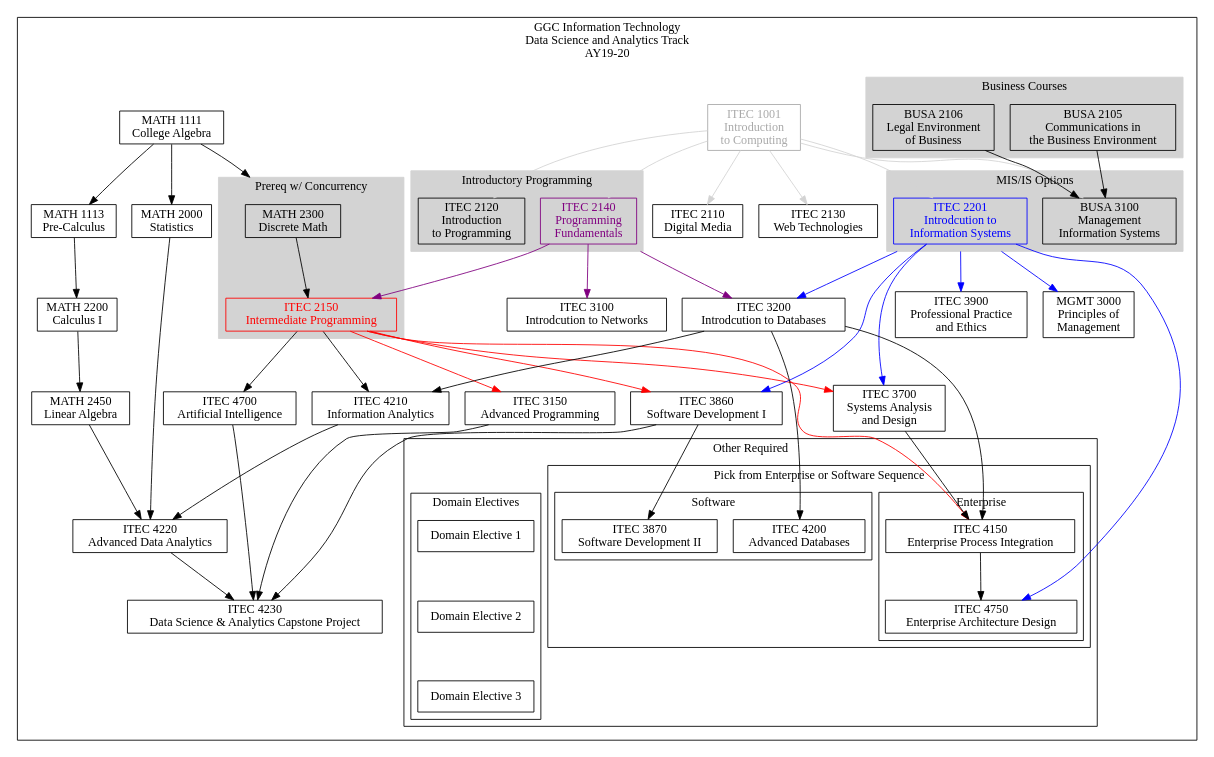
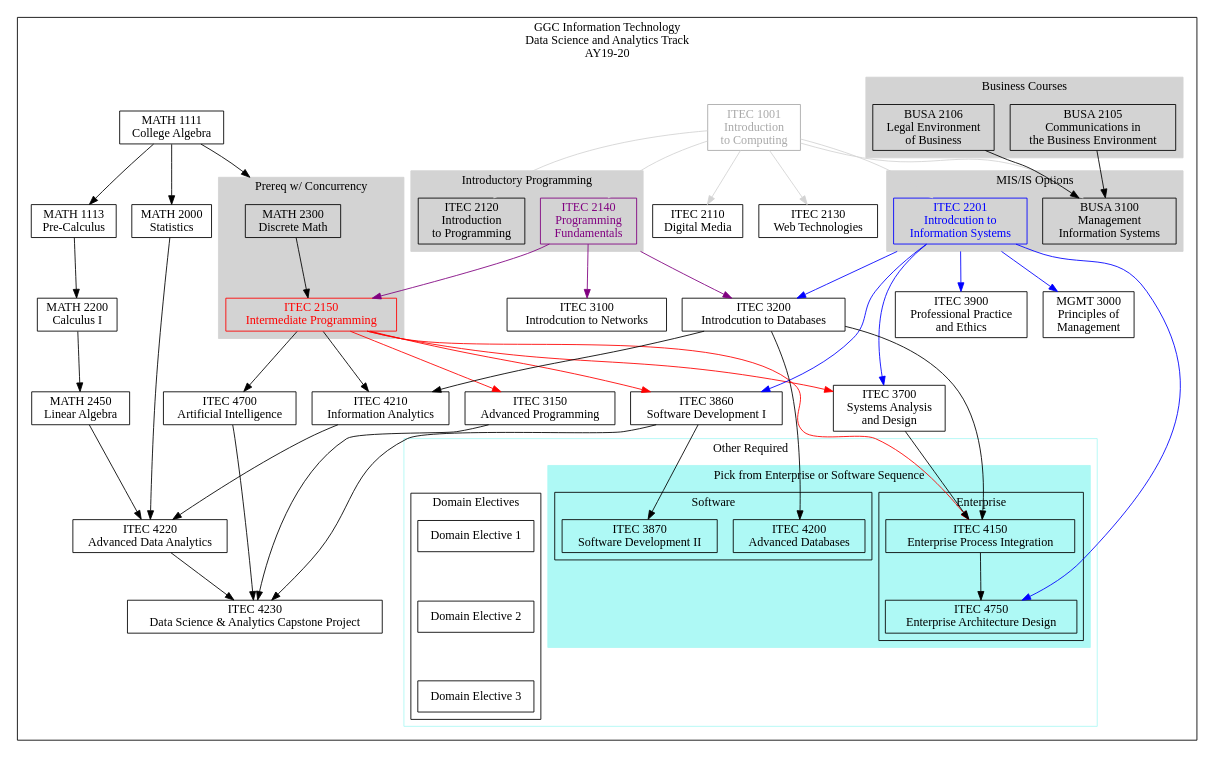
Before and after one commit to rjlutz/itec-plans: the diagram in AY19-20/DataScienceAndAnalytics.dot, drawn with Graphviz. The commit also changed 9 other files, not shown here.

```diff
--- a/AY19-20/DataScienceAndAnalytics.dot
+++ b/AY19-20/DataScienceAndAnalytics.dot
@@ -1,169 +1,174 @@
 digraph G {
 
     node [shape = record, fontname="Sans serif" fontsize="14"];
     compound = true //  needed to link clusters and nodes
     splines = true
     ranksep=0.75
 
      // All
     itec1001[label = "ITEC 1001\nIntroduction \nto Computing" color=darkgray fontcolor=darkgray]
     itec2110[label = "ITEC 2110\nDigital Media"]
     itec2120[label = "ITEC 2120\nIntroduction\nto Programming"]
     itec2130[label = "ITEC 2130\nWeb Technologies"]
     itec2140[label = "ITEC 2140\nProgramming \nFundamentals" color=purple fontcolor=purple]
     itec2150[label = "ITEC 2150\nIntermediate Programming" color=red fontcolor=red]
     itec2201[label = "ITEC 2201\nIntrodcution to\nInformation Systems" color=blue fontcolor=blue]
     itec3100[label = "ITEC 3100\nIntrodcution to Networks"]
     itec3200[label = "ITEC 3200\nIntrodcution to Databases"]
     itec3900[label = "ITEC 3900\nProfessional Practice\nand Ethics"]
     busa2105[label = "BUSA 2105\nCommunications in\nthe Business Environment"]
     busa2106[label = "BUSA 2106\nLegal Environment\nof Business"]
     busa3100[label = "BUSA 3100\nManagement \nInformation Systems"]
     math1111[label = "MATH 1111\nCollege Algebra"]
     math1113[label = "MATH 1113\nPre-Calculus"]
     math2300[label = "MATH 2300\nDiscrete Math"]
     math2000[label = "MATH 2000\nStatistics"]
     math2200[label = "MATH 2200\nCalculus I"]
     mgmt3000[label = "MGMT 3000\nPrinciples of\nManagement"]
 
     // Data Science and Analytics
     itec3150[label = "ITEC 3150\nAdvanced Programming"]
     itec3700[label = "ITEC 3700\nSystems Analysis\nand Design"]
     itec3860[label = "ITEC 3860\nSoftware Development I"]
     itec3870[label = "ITEC 3870\nSoftware Development II"]
     itec4150[label = "ITEC 4150\nEnterprise Process Integration"]
     itec4200[label = "ITEC 4200\nAdvanced Databases"]
     itec4210[label = "ITEC 4210\nInformation Analytics"]
     itec4220[label = "ITEC 4220\nAdvanced Data Analytics"]
     itec4230[label = "ITEC 4230\nData Science & Analytics Capstone Project"]
     itec4750[label = "ITEC 4750\nEnterprise Architecture Design"]
     itec4700[label = "ITEC 4700\nArtificial Intelligence"]
     domain1[label = "Domain Elective 1"]
     domain2[label = "Domain Elective 2"]
     domain3[label = "Domain Elective 3"]
     math2450[label = "MATH 2450\nLinear Algebra"]
 
 
     subgraph clusterdsa {
         label="GGC Information Technology\nData Science and Analytics Track\nAY19-20"
 
         subgraph clusterrequired {
             label=""
             node [style=filled];
             style=filled;
 
             color="#FFFFFF";
 
             itec1001 -> itec2110 [color=lightgray]
 
             itec1001 -> itec2120 [color=lightgray]
             itec1001 -> itec2130 [color=lightgray]
             itec1001 -> itec2201 [color=lightgray]
             itec1001 -> busa3100 [color=lightgray]
             itec2140 -> itec2150 [color=purple]
             itec2140 -> itec3100 [color=purple]
             itec2201 -> itec3200 [ltail=cluster22013100 color=blue]
             itec2140 -> itec3200 [ltail=cluster21202140 color=purple]
             itec2201 -> mgmt3000 [ltail=cluster22013100 color=blue]
 
             itec2150 -> itec4150 [color=red]
             itec3200 -> itec4150
             itec3700 -> itec4150
             itec2201 -> itec4750 [color=blue]
             itec4150 -> itec4750
             
             busa2106 -> busa3100
             busa2105 -> busa3100
             itec1001 -> itec2140 [color=lightgray]
             itec2150 -> itec3150 [lltail=clusterdiscrete color=red]
 
             itec2150 -> itec3700 [lltail=clusterdiscrete color=red]
             itec2201 -> itec3700 [color=blue]
 
             itec2150 -> itec3860 [color=red]
             itec2201 -> itec3860 [color=blue]
             itec3860 -> itec3870
             itec2201 -> itec3900 [ltail=cluster22013100 color=blue]
             itec2150 -> itec4210
             itec3200 -> itec4210
             itec4210 -> itec4220
             math2000 -> itec4220
             math2200 -> math2450
             math2450 -> itec4220
             itec3860 -> itec4230
             itec4220 -> itec4230
             itec3150 -> itec4230
             itec4700 -> itec4230
             itec2150 -> itec4700
 
             math1113 -> math2200
             math1111 -> math1113
             math1111 -> math2000
             math1111 -> math2300 [lhead=clusterdiscrete]
            
             itec3200 -> itec4200
 
             subgraph cluster21202140 {
                 label = "Introductory Programming";
                 color=lightgrey;
                 itec2120
                 itec2140
             }
             subgraph cluster22013100 {
                 label = "MIS/IS Options";
                 color=lightgrey;
                 busa3100
                 itec2201
             }
             subgraph cluster21052106 {
                 label = "Business Courses"
                 color=lightgrey;
                 busa2105
                 busa2106
             }
             
             subgraph clusterdiscrete {
                 label = "Prereq w/ Concurrency";
                 node [style=filled];
                 style=filled;
                 color=lightgrey;
                 math2300 -> itec2150
             }
 
             subgraph clusterotherrequired {
                 label = "Other Required"
                 node [style=filled];
                 style=filled;
                 graph[style=solid]
-                color=black;
+                color="#AEF9F5"
 
 
                 subgraph clusteritecoptions {
                     label = "Pick from Enterprise or Software Sequence"
                     node [style=filled];
                     style=filled;
-                    graph[style=solid]
-                    color=black;
+                    color="#AEF9F5"
 
                     subgraph clusteritecopt1 {
                         label = "Enterprise";
+                        graph[style=solid]
+                        color=black
                         itec4150
                         itec4750
                     }
 
                     subgraph clusteritecopt2 {
                         label = "Software";
+                        graph[style=solid]
+                        color=black
                         itec3870
                         itec4200
                     }
                 }
 
                 subgraph clusterdomain {
                     label = "Domain Electives";
+                    graph[style=solid]
+                    color=black
                     domain1 -> domain2 [style="invis"]
                     domain2 -> domain3 [style="invis"]
                 }               
             }
         }    
     }
 }
```
